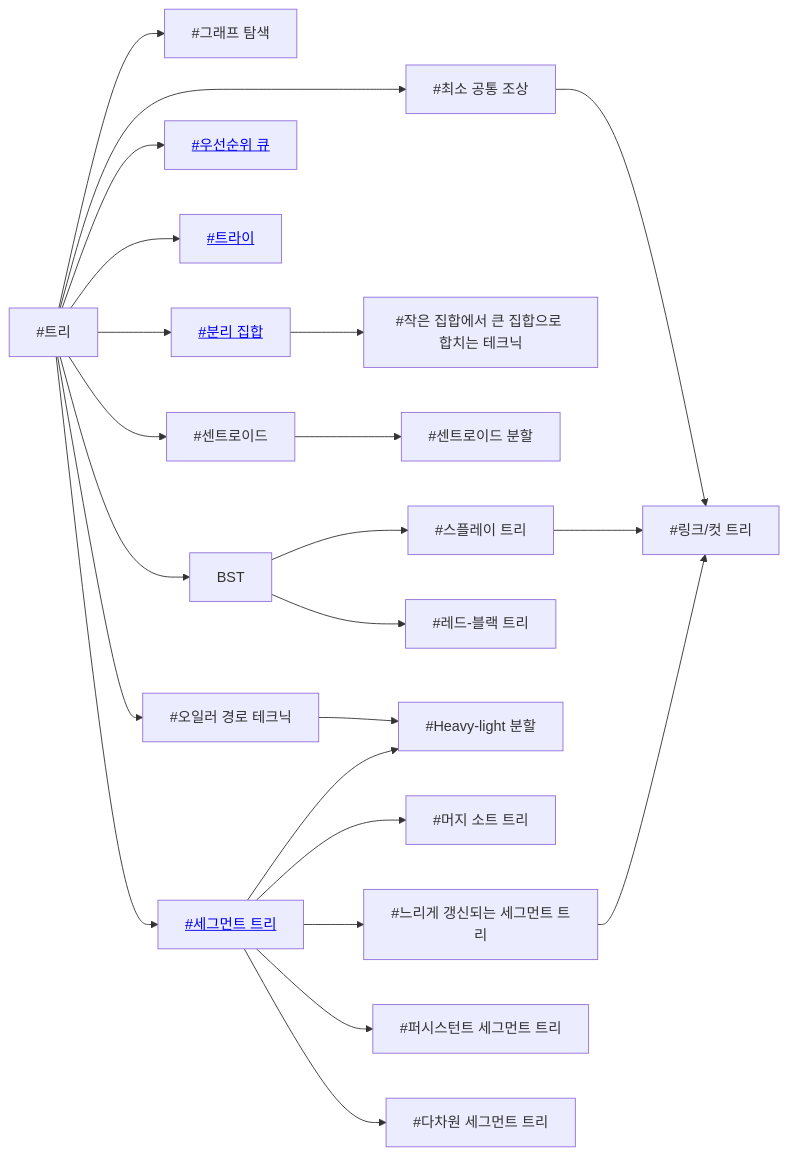
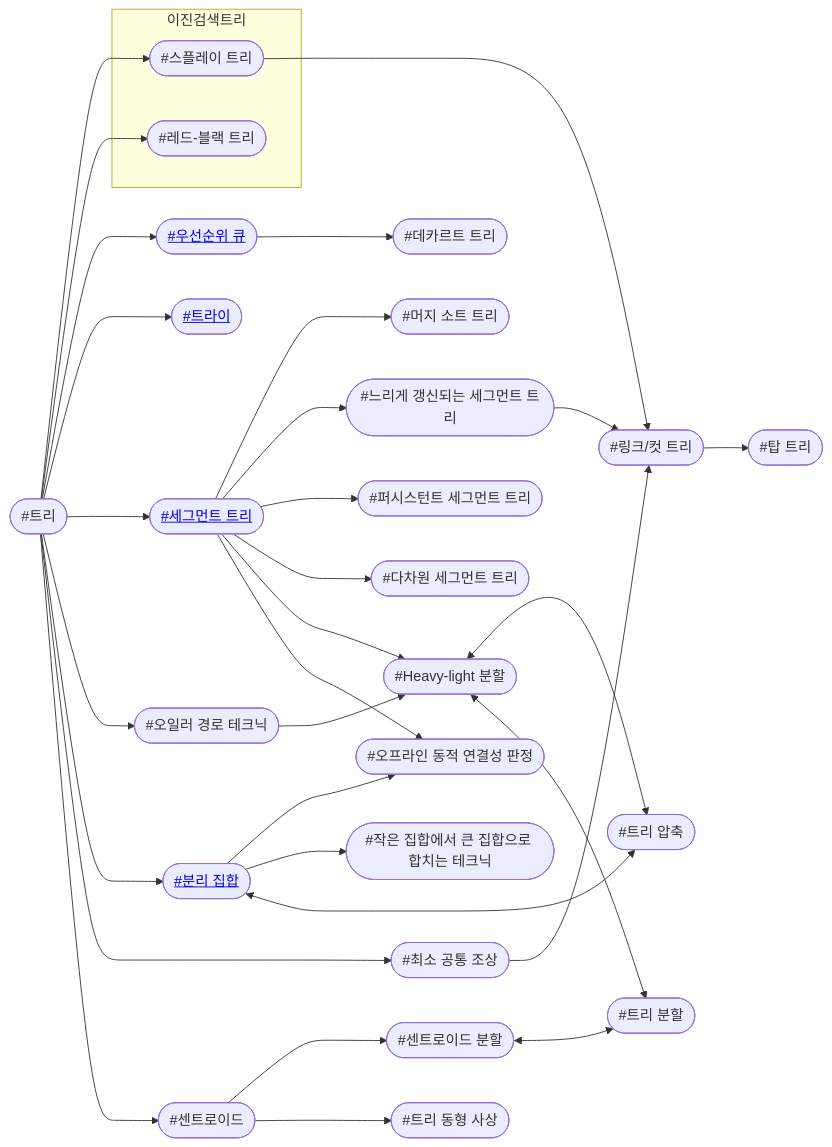
One commit to CHOYUNSIG/algorithm_with_boj changed the fourth of 12 diagrams in index.md. Above: the diagram before and after it, drawn with Mermaid. The commit also changed other lines of this file and 1 other file, not shown here.

Commit message:
태그 전체 연결성 생성

```diff
--- a/index.md
+++ b/index.md
@@ -95,46 +115,63 @@
 <pre class="mermaid">
     graph LR
 
-    #trees --> #graph_traversal
-    #trees --> BST
+    #trees --> #splay_tree
+    #trees --> #rb_tree
     #trees --> #priority_queue
     #trees --> #trie
     #trees --> #segtree
     #trees --> #euler_tour_technique
     #trees --> #disjoint_set
     #trees --> #lca
     #trees --> #centroid
+    #priority_queue --> #cartesian_tree
     #lca --> #link_cut_tree
+    #disjoint_set --> #offline_dynamic_connectivity
     #disjoint_set --> #smaller_to_larger
+    #disjoint_set <--> #tree_compression
     #centroid --> #centroid_decomposition
-    BST --> #splay_tree
-    BST --> #rb_tree
+    #centroid --> #tree_isomorphism
     #splay_tree --> #link_cut_tree
+    #link_cut_tree --> #top_tree
     #euler_tour_technique --> #hld
     #segtree --> #merge_sort_tree
     #segtree --> #lazyprop
     #segtree --> #pst
     #segtree --> #multi_segtree
     #segtree --> #hld
+    #segtree --> #offline_dynamic_connectivity
     #lazyprop --> #link_cut_tree
+    #hld <--> #tree_compression
+    #hld <--> #tree_decomposition
+    #centroid_decomposition <--> #tree_decomposition
 
-    #hld[#Heavy-light 분할]
-    #graph_traversal[#그래프 탐색]
-    #lazyprop[#느리게 갱신되는 세그먼트 트리]
-    #multi_segtree[#다차원 세그먼트 트리]
-    #rb_tree[#레드-블랙 트리]
-    #link_cut_tree[#링크/컷 트리]
-    #merge_sort_tree[#머지 소트 트리]
-    #disjoint_set[<a href="post/2024/01/13/disjoint_set.html">#분리 집합</a>]
-    #segtree[<a href="post/2024/01/11/segtree.html">#세그먼트 트리</a>]
-    #centroid[#센트로이드]
-    #centroid_decomposition[#센트로이드 분할]
-    #splay_tree[#스플레이 트리]
-    #euler_tour_technique[#오일러 경로 테크닉]
-    #priority_queue[<a href="post/2024/01/15/priority_queue.html">#우선순위 큐</a>]
-    #smaller_to_larger[#작은 집합에서 큰 집합으로 합치는 테크닉]
-    #lca[#최소 공통 조상]
-    #trie[<a href="post/2024/01/03/trie.html">#트라이</a>]
-    #trees[#트리]
-    #pst[#퍼시스턴트 세그먼트 트리]
+    subgraph 이진검색트리
+        #splay_tree
+        #rb_tree
+    end
+
+    #hld(["#Heavy-light 분할"])
+    #lazyprop(["#느리게 갱신되는 세그먼트 트리"])
+    #multi_segtree(["#다차원 세그먼트 트리"])
+    #cartesian_tree(["#데카르트 트리"])
+    #rb_tree(["#레드-블랙 트리"])
+    #link_cut_tree(["#링크/컷 트리"])
+    #merge_sort_tree(["#머지 소트 트리"])
+    #disjoint_set(["<a href="post/2024/01/13/disjoint_set.html">#분리 집합</a>"])
+    #segtree(["<a href="post/2024/01/11/segtree.html">#세그먼트 트리</a>"])
+    #centroid(["#센트로이드"])
+    #centroid_decomposition(["#센트로이드 분할"])
+    #splay_tree(["#스플레이 트리"])
+    #euler_tour_technique(["#오일러 경로 테크닉"])
+    #offline_dynamic_connectivity(["#오프라인 동적 연결성 판정"])
+    #priority_queue(["<a href="post/2024/01/15/priority_queue.html">#우선순위 큐</a>"])
+    #smaller_to_larger(["#작은 집합에서 큰 집합으로 합치는 테크닉"])
+    #lca(["#최소 공통 조상"])
+    #top_tree(["#탑 트리"])
+    #trie(["<a href="post/2024/01/03/trie.html">#트라이</a>"])
+    #trees(["#트리"])
+    #tree_isomorphism(["#트리 동형 사상"])
+    #tree_decomposition(["#트리 분할"])
+    #tree_compression(["#트리 압축"])
+    #pst(["#퍼시스턴트 세그먼트 트리"])
 </pre>
```
